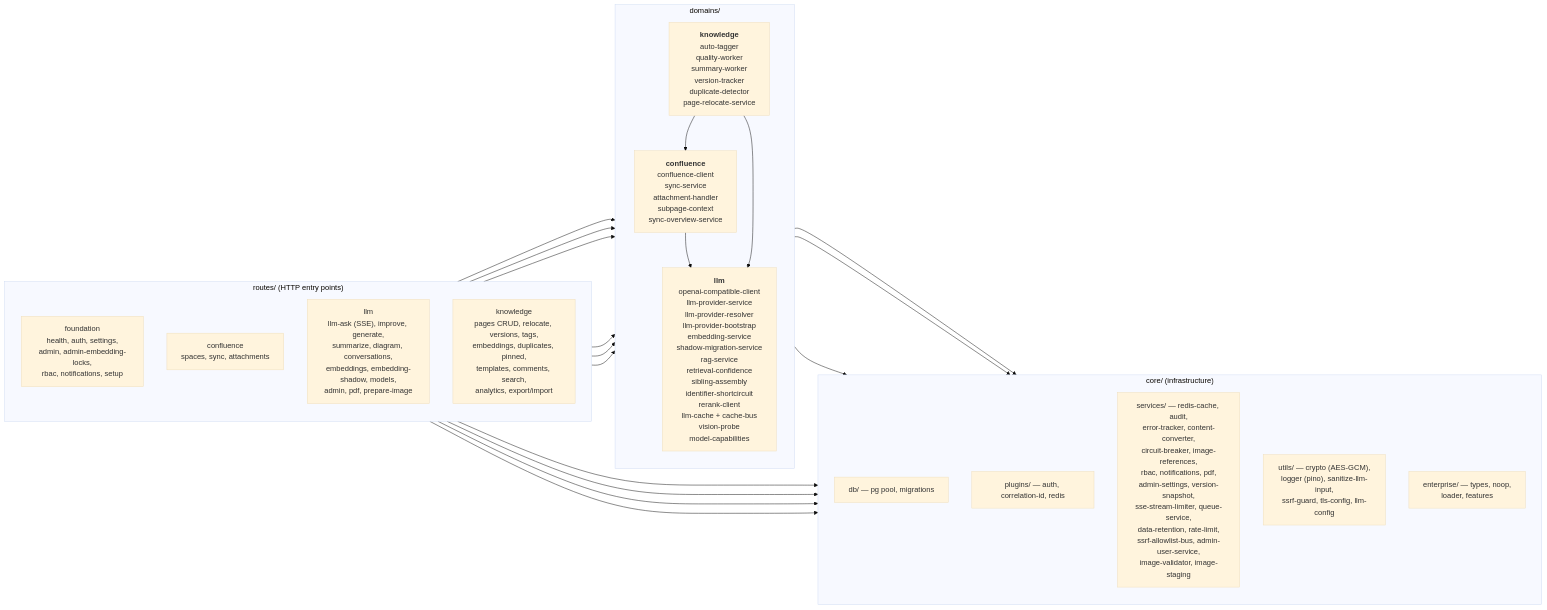
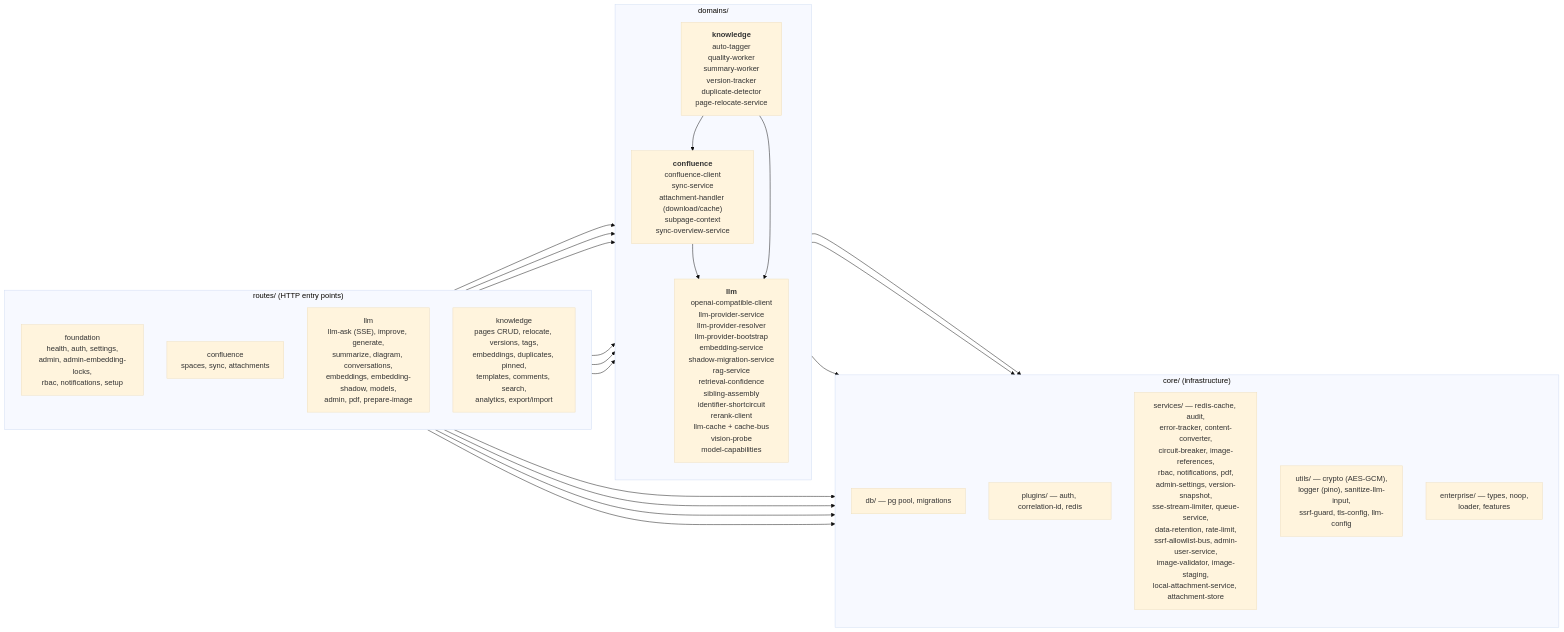
One commit to Compendiq/compendiq-ce changed the first of 2 diagrams in docs/architecture/03-backend-domains.md. Above: the diagram before and after it, drawn with Mermaid (base theme). The commit also changed other lines of this file and 5 other files, not shown here.

````diff
--- a/docs/architecture/03-backend-domains.md
+++ b/docs/architecture/03-backend-domains.md
@@ -9,44 +9,44 @@
 ```mermaid
 flowchart LR
     subgraph routes["routes/ (HTTP entry points)"]
         direction TB
         rF["foundation<br/>health, auth, settings,<br/>admin, admin-embedding-locks,<br/>rbac, notifications, setup"]
         rC["confluence<br/>spaces, sync, attachments"]
         rL["llm<br/>llm-ask (SSE), improve, generate,<br/>summarize, diagram, conversations,<br/>embeddings, embedding-shadow, models,<br/>admin, pdf, prepare-image"]
         rK["knowledge<br/>pages CRUD, relocate, versions, tags,<br/>embeddings, duplicates, pinned,<br/>templates, comments, search,<br/>analytics, export/import"]
     end
 
     subgraph domains["domains/"]
         direction TB
-        dC["<b>confluence</b><br/>confluence-client<br/>sync-service<br/>attachment-handler<br/>subpage-context<br/>sync-overview-service"]
+        dC["<b>confluence</b><br/>confluence-client<br/>sync-service<br/>attachment-handler (download/cache)<br/>subpage-context<br/>sync-overview-service"]
         dL["<b>llm</b><br/>openai-compatible-client<br/>llm-provider-service<br/>llm-provider-resolver<br/>llm-provider-bootstrap<br/>embedding-service<br/>shadow-migration-service<br/>rag-service<br/>retrieval-confidence<br/>sibling-assembly<br/>identifier-shortcircuit<br/>rerank-client<br/>llm-cache + cache-bus<br/>vision-probe<br/>model-capabilities"]
         dK["<b>knowledge</b><br/>auto-tagger<br/>quality-worker<br/>summary-worker<br/>version-tracker<br/>duplicate-detector<br/>page-relocate-service"]
     end
 
     subgraph core["core/ (infrastructure)"]
         direction TB
         cDB["db/ — pg pool, migrations"]
         cPlug["plugins/ — auth, correlation-id, redis"]
-        cSvc["services/ — redis-cache, audit,<br/>error-tracker, content-converter,<br/>circuit-breaker, image-references,<br/>rbac, notifications, pdf,<br/>admin-settings, version-snapshot,<br/>sse-stream-limiter, queue-service,<br/>data-retention, rate-limit,<br/>ssrf-allowlist-bus, admin-user-service,<br/>image-validator, image-staging"]
+        cSvc["services/ — redis-cache, audit,<br/>error-tracker, content-converter,<br/>circuit-breaker, image-references,<br/>rbac, notifications, pdf,<br/>admin-settings, version-snapshot,<br/>sse-stream-limiter, queue-service,<br/>data-retention, rate-limit,<br/>ssrf-allowlist-bus, admin-user-service,<br/>image-validator, image-staging,<br/>local-attachment-service, attachment-store"]
         cUtil["utils/ — crypto (AES-GCM),<br/>logger (pino), sanitize-llm-input,<br/>ssrf-guard, tls-config, llm-config"]
         cEnt["enterprise/ — types, noop,<br/>loader, features"]
     end
 
     rF --> core
     rC --> core
     rC --> dC
     rL --> core
     rL --> dL
     rL --> dC
     rK --> core
     rK --> dK
     rK --> dL
     rK --> dC
 
     dC --> core
     dC --> dL
     dL --> core
     dK --> core
     dK --> dL
     dK --> dC
 ```
````
